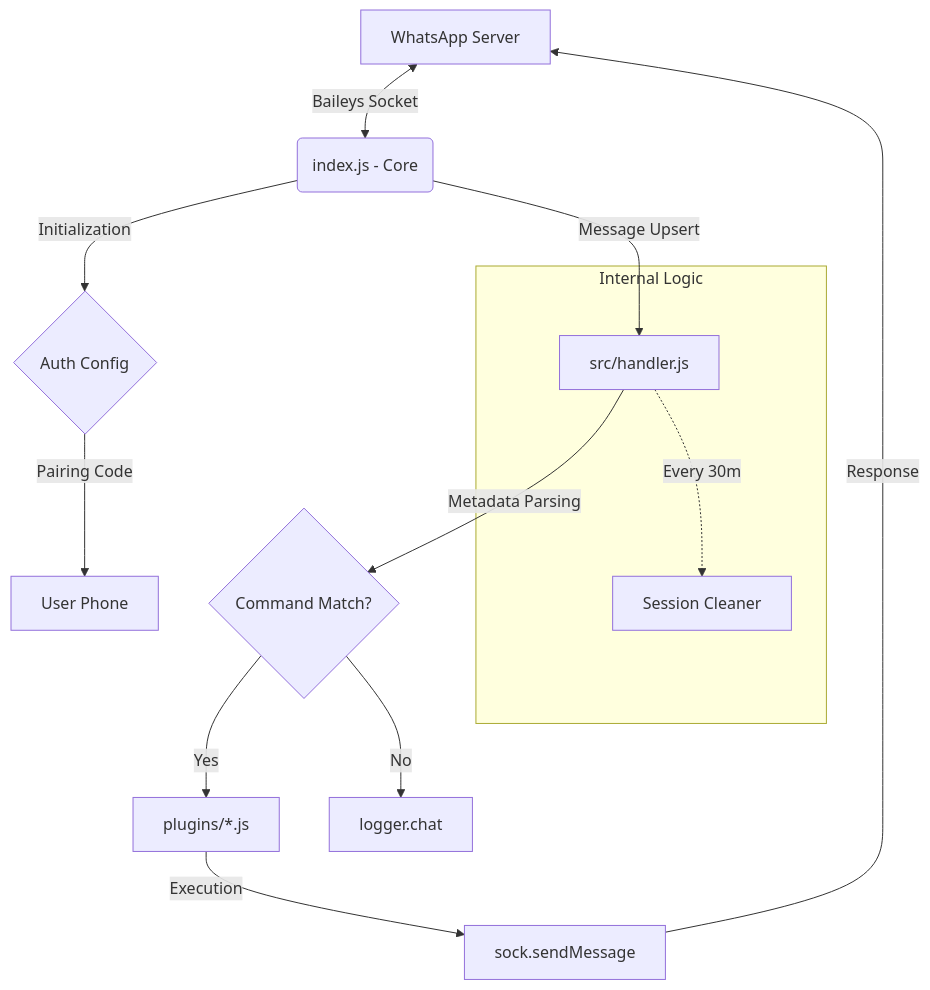
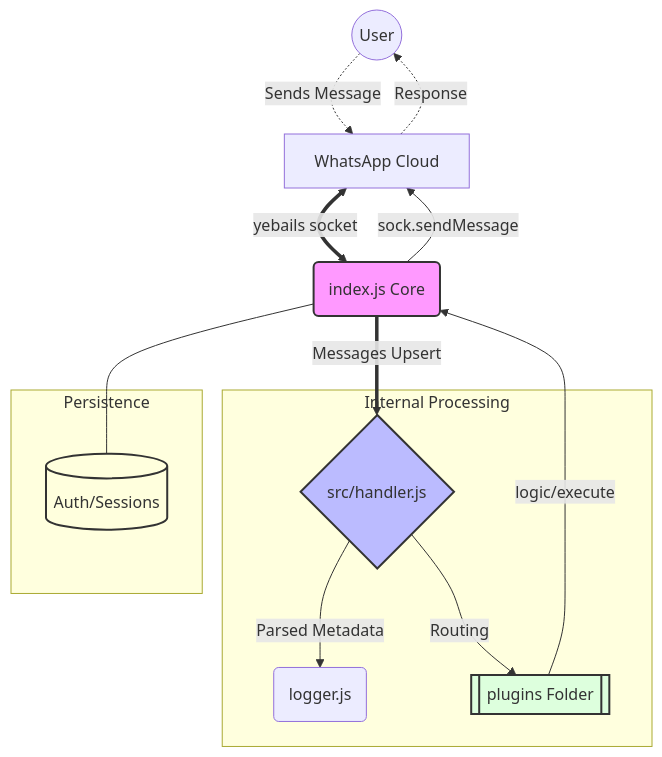
One commit to yemo-dev/biohazard-botz changed the diagram in README.md. Above: the diagram before and after it, drawn with Mermaid. The commit also changed other lines of this file, not shown here.

Commit message:
Docs: Complete README upgrade with styled Mermaid and professional guide

````diff
--- a/README.md
+++ b/README.md
@@ -7,16 +7,41 @@
 ```mermaid
 graph TD
-    A[WhatsApp Server] <-->|Baileys Socket| B(index.js - Core)
-    B -->|Initialization| C{Auth Config}
-    C -->|Pairing Code| D[User Phone]
-    B -->|Message Upsert| E[src/handler.js]
-    E -->|Metadata Parsing| F{Command Match?}
-    F -->|Yes| G[plugins/*.js]
-    F -->|No| H[logger.chat]
-    G -->|Execution| I[sock.sendMessage]
-    I -->|Response| A
+    %% Node Definitions
+    User((User))
+    WA[WhatsApp Cloud]
+    Core(index.js Core)
+    Handler{src/handler.js}
+    Plugins[[plugins Folder]]
+    Logs(logger.js)
+    Sessions[(Auth/Sessions)]
+
+    %% Flow Connections
+    User -.->|Sends Message| WA
+    WA <==>|yebails socket| Core
+    Core --- Sessions
+    Core ==>|Messages Upsert| Handler
     
-    subgraph "Internal Logic"
-    E -.->|Every 30m| J[Session Cleaner]
+    Handler -->|Parsed Metadata| Logs
+    Handler -->|Routing| Plugins
+    
+    Plugins -->|logic/execute| Core
+    Core -->|sock.sendMessage| WA
+    WA -.->|Response| User
+
+    %% Subgraphs
+    subgraph "Internal Processing"
+    Handler
+    Plugins
+    Logs
     end
+
+    subgraph "Persistence"
+    Sessions
+    end
+
+    %% Styles
+    style Core fill:#f9f,stroke:#333,stroke-width:2px
+    style Handler fill:#bbf,stroke:#333,stroke-width:2px
+    style Plugins fill:#dfd,stroke:#333,stroke-width:2px
+    style Sessions fill:#ffd,stroke:#333,stroke-width:2px
 ```
````
